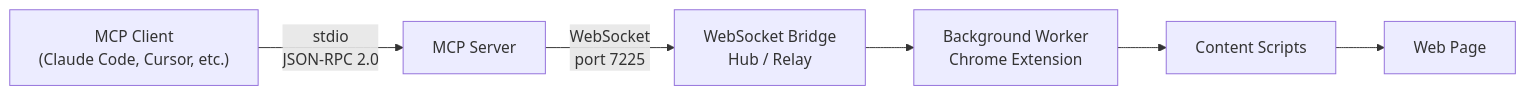
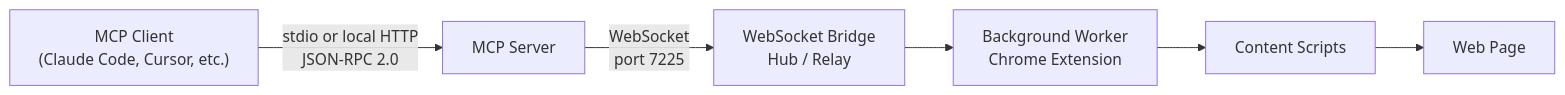
One commit to LakshmanTurlapati/FSB changed the first of 3 diagrams in README.md. Above: the diagram before and after it, drawn with Mermaid. The commit also changed other lines of this file and 14 other files, not shown here.

Commit message:
feat(mcp): ship local http transport and release tooling

````diff
--- a/README.md
+++ b/README.md
@@ -305,8 +331,8 @@
 ```mermaid
 graph LR
-    MC["MCP Client<br/>(Claude Code, Cursor, etc.)"] -->|stdio<br/>JSON-RPC 2.0| MS["MCP Server"]
+    MC["MCP Client<br/>(Claude Code, Cursor, etc.)"] -->|stdio or local HTTP<br/>JSON-RPC 2.0| MS["MCP Server"]
     MS -->|WebSocket<br/>port 7225| WSB["WebSocket Bridge<br/>Hub / Relay"]
     WSB --> BG["Background Worker<br/>Chrome Extension"]
     BG --> CS["Content Scripts"]
     CS --> WP["Web Page"]
 ```
````
